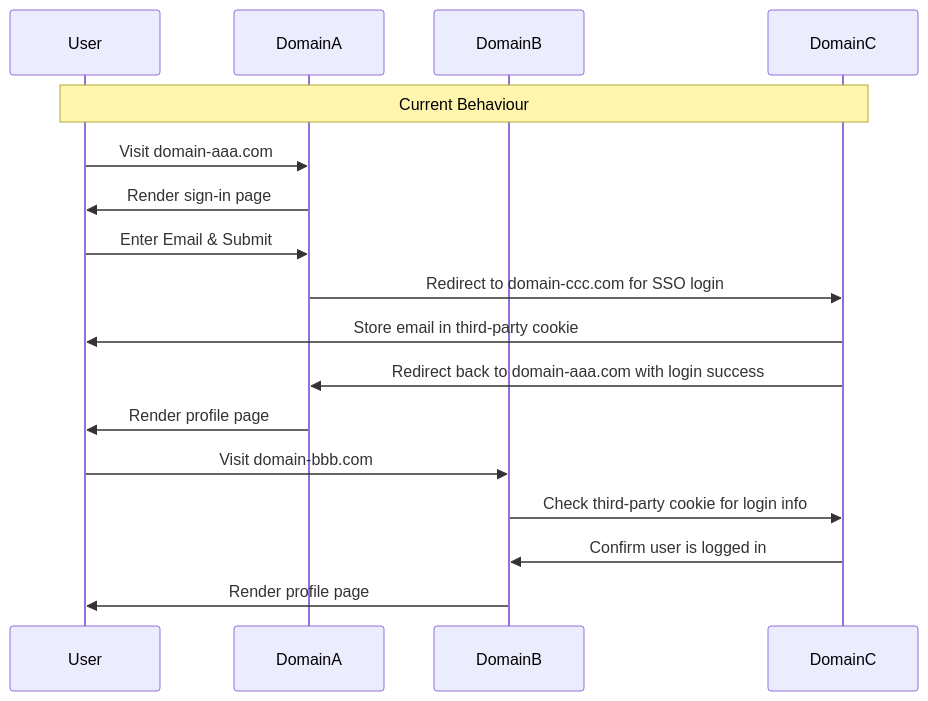
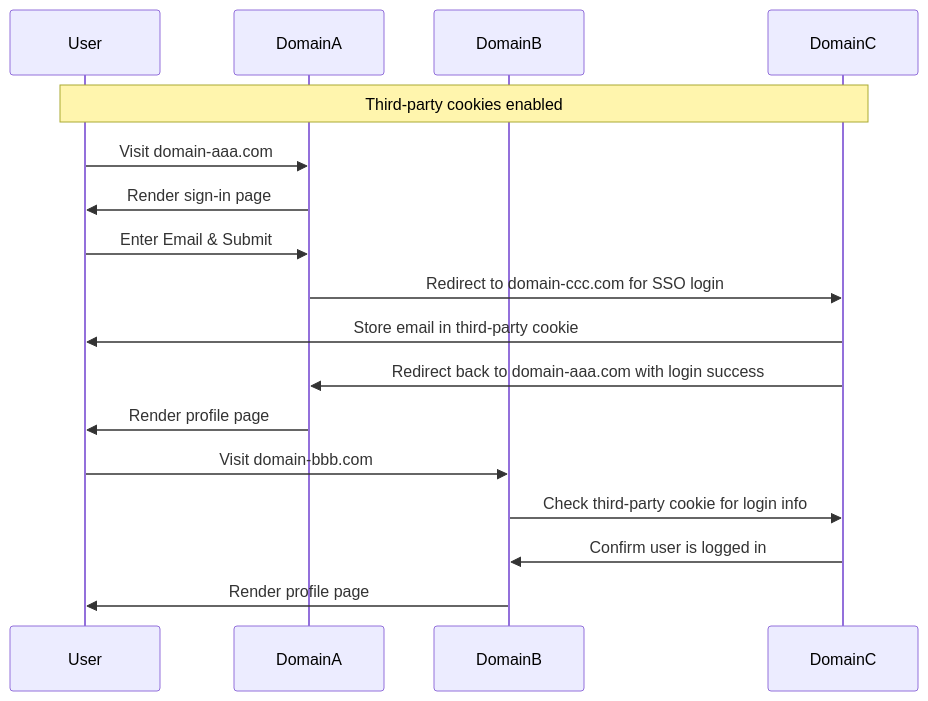
The fourth of 7 diagrams in Example-analysis-scenarios.md (rtCamp/ps-analysis-tool-wiki), drawn with Mermaid before and after one commit. The commit also changed other lines of this file and 5 other files, not shown here.

````diff
--- a/Example-analysis-scenarios.md
+++ b/Example-analysis-scenarios.md
@@ -214,22 +214,22 @@
 ```mermaid
 sequenceDiagram
     participant User
     participant DomainA
     participant DomainB
     participant DomainC
 
-    Note over User,DomainC: Current Behaviour
+    Note over User,DomainC: Third-party cookies enabled
 
     User->>DomainA: Visit domain-aaa.com
     DomainA->>User: Render sign-in page
     User->>DomainA: Enter Email & Submit
     DomainA->>DomainC: Redirect to domain-ccc.com for SSO login
     DomainC->>User: Store email in third-party cookie
     DomainC->>DomainA: Redirect back to domain-aaa.com with login success
     DomainA->>User: Render profile page
 
     User->>DomainB: Visit domain-bbb.com
     DomainB->>DomainC: Check third-party cookie for login info
     DomainC->>DomainB: Confirm user is logged in
     DomainB->>User: Render profile page
 ```
````
